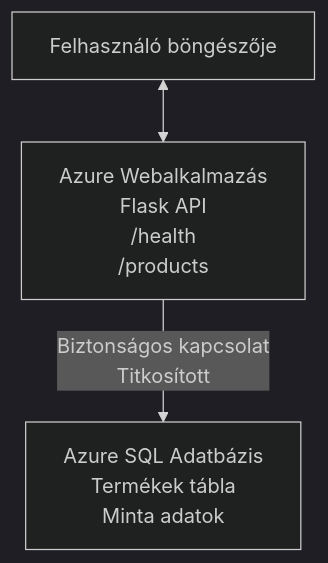
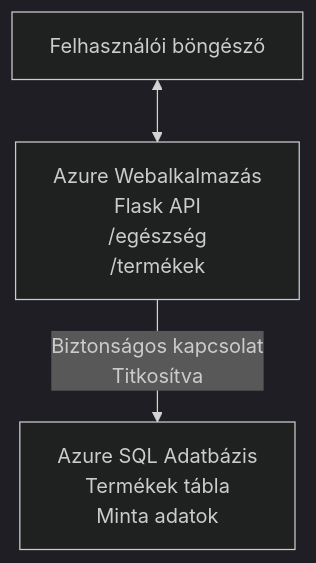
The diagram in translations/hu/examples/database-app/README.md (microsoft/AZD-for-beginners), drawn with Mermaid (dark theme) before and after one commit. The commit also changed other lines of this file and 101 other files, not shown here.

````diff
--- a/translations/hu/examples/database-app/README.md
+++ b/translations/hu/examples/database-app/README.md
@@ -72,5 +72,5 @@
 ```mermaid
 graph TD
-    Browser[Felhasználó böngészője] <--> WebApp[Azure Webalkalmazás<br/>Flask API<br/>/health<br/>/products]
-    WebApp -- Biztonságos kapcsolat<br/>Titkosított --> SQL[Azure SQL Adatbázis<br/>Termékek tábla<br/>Minta adatok]
+    Browser[Felhasználói böngésző] <--> WebApp[Azure Webalkalmazás<br/>Flask API<br/>/egészség<br/>/termékek]
+    WebApp -- Biztonságos kapcsolat<br/>Titkosítva --> SQL[Azure SQL Adatbázis<br/>Termékek tábla<br/>Minta adatok]
 ```
````
